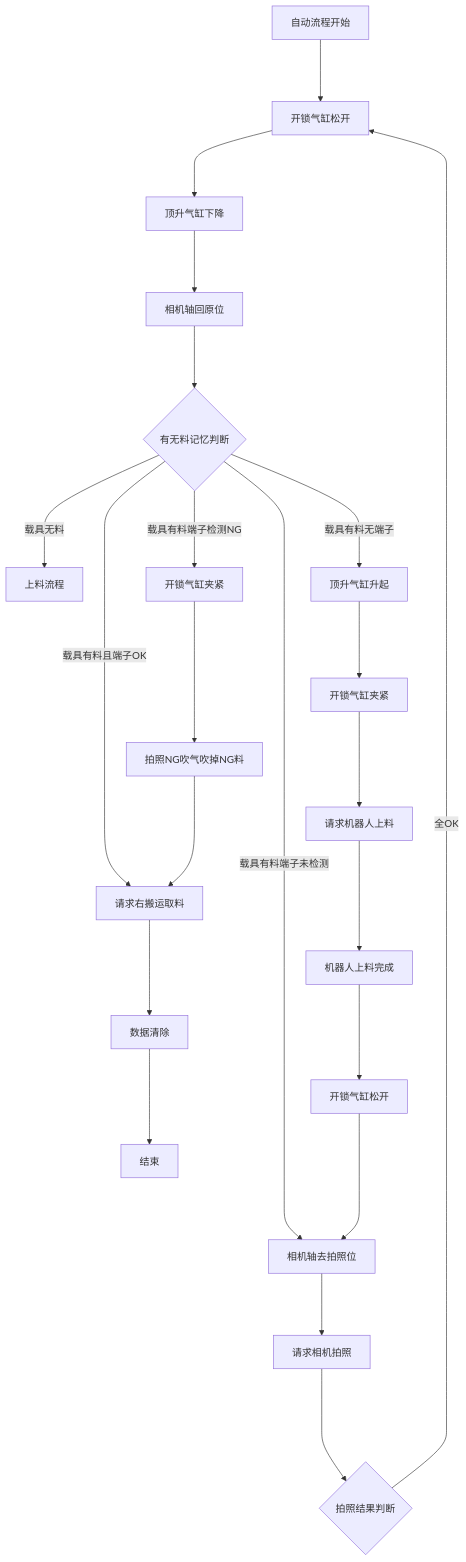
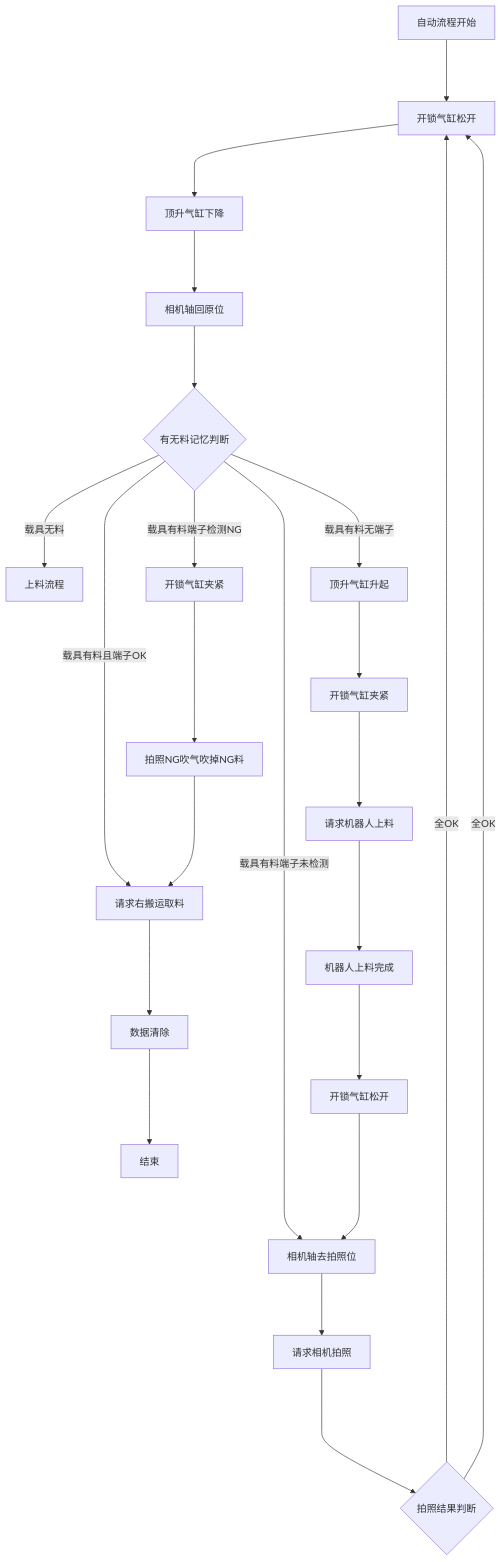
The diagram in all/OP70工位4左端子上料.md (zmq000/iodraw-files), drawn with Mermaid before and after one commit.

Commit message:
2026-06-17 17:32:34 update

````diff
--- a/all/OP70工位4左端子上料.md
+++ b/all/OP70工位4左端子上料.md
@@ -1,26 +1,27 @@
 ```mermaid
 graph TD
 自动流程开始--->10
 10[开锁气缸松开]--->20
 20[顶升气缸下降]--->30
 30[相机轴回原位]--->40
 40{有无料记忆判断}--->|载具无料|50
 40--->|载具有料无端子|100
 40--->|载具有料端子未检测|150
 40--->|载具有料端子检测NG|200
 40--->|载具有料且端子OK|250
 50[上料流程]
 100[顶升气缸升起]--->110
 110[开锁气缸夹紧]--->120
 120[请求机器人上料]--->130
 130[机器人上料完成]--->140
 140[开锁气缸松开]---->150
 150[相机轴去拍照位]--->160
 160[请求相机拍照]---->170
 170{拍照结果判断}---->|全OK|10
+170{拍照结果判断}---->|全OK|10
 200[开锁气缸夹紧]---->210
 210[拍照NG吹气吹掉NG料]--->250
 250[请求右搬运取料]--->260
 260[数据清除]--->270
 270[结束]
 ```
````
